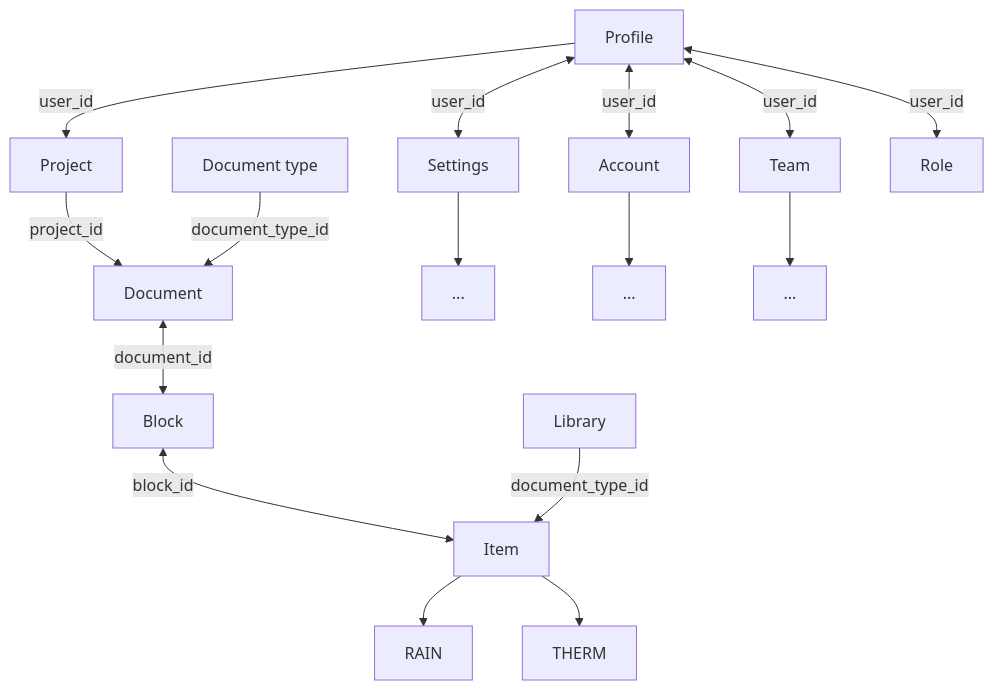
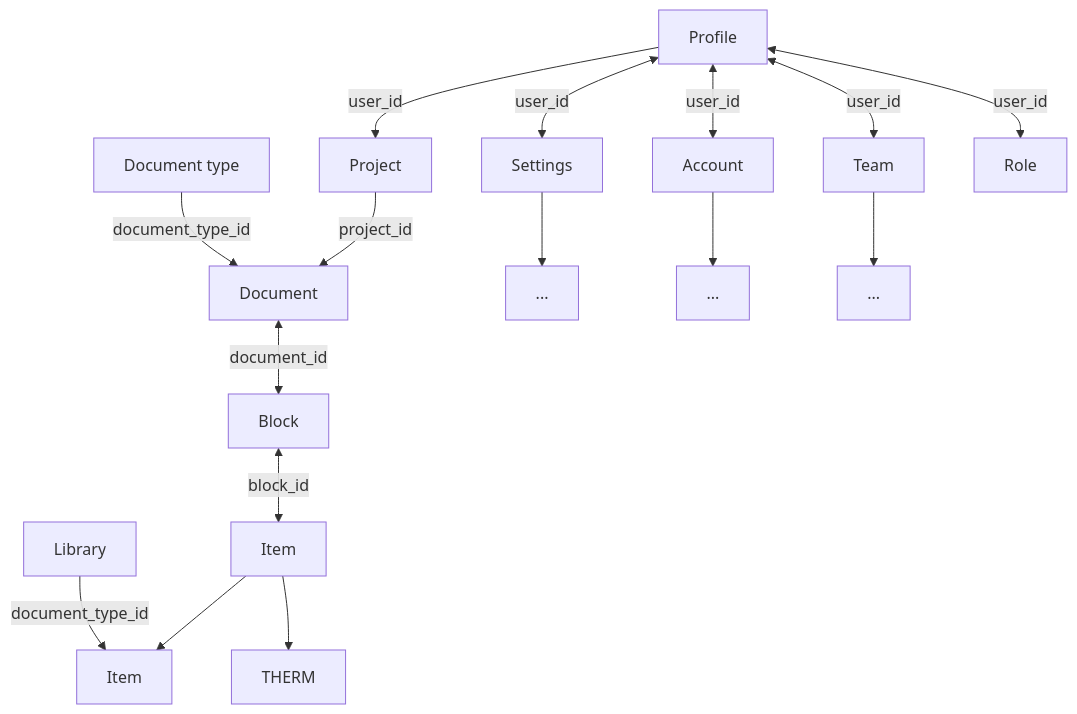
One commit to bmazurme/nest-entools changed the diagram in draft.md. Above: the diagram before and after it, drawn with Mermaid.

````diff
--- a/draft.md
+++ b/draft.md
@@ -1,20 +1,20 @@
 ```mermaid
 flowchart
 USER-PROFILE[Profile] --> |user_id| USER-PROJECT[Project]
 USER-PROJECT --> |project_id| DOCUMENT[Document]
 DOCUMENT <--> |document_id| BLOCK[Block]
 BLOCK[Block] <--> |block_id| ITEM[Item]
 ITEM --> RAIN
 ITEM --> THERM
-LIBRARY[Library] --> |document_type_id| ITEM[Item]
+LIBRARY_RAIN[Library] --> |document_type_id| RAIN[Item]
 DOCUMENT-TYPE[Document type] --> |document_type_id| DOCUMENT
 
 USER-PROFILE[Profile] <--> |user_id| USER-SETTINGS[Settings]
 USER-PROFILE[Profile] <--> |user_id| USER-ACCOUNT[Account]
 USER-PROFILE[Profile] <--> |user_id| USER-TEAM[Team]
 USER-PROFILE[Profile] <--> |user_id| USER-ROLE[Role]
 
 USER-SETTINGS --> SETTINGS-DETAILS[...]
 USER-ACCOUNT --> ACCOUNT-DETAILS[...]
 USER-TEAM --> TEAM-DETAILS[...]
 ```
````
